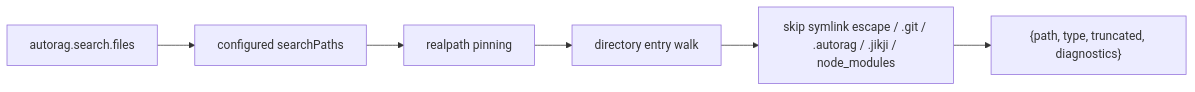
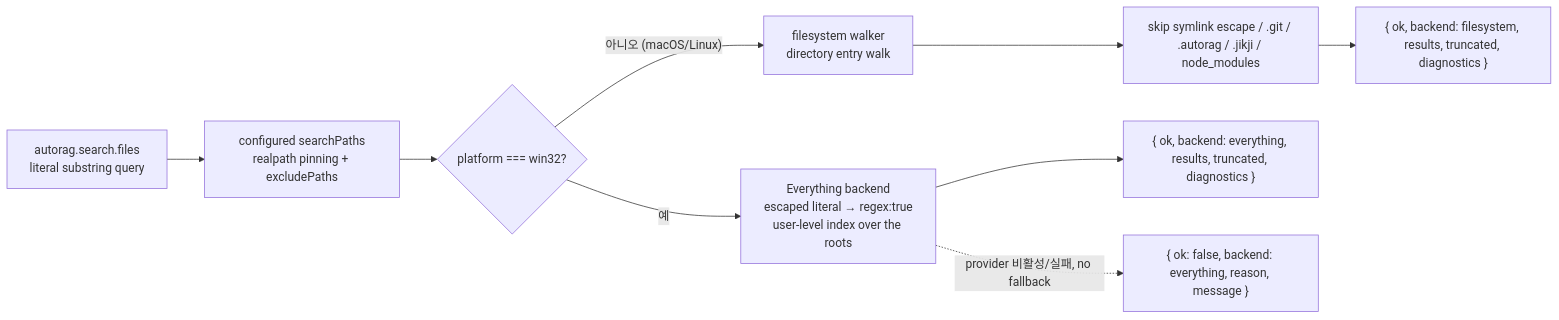
Before and after one commit to Marker-Inc-Korea/AutoRAG: the sixth of 7 diagrams in docs/autorag-lite-mcp-contract.md, drawn with Mermaid. The commit also changed other lines of this file and 7 other files, not shown here.

````diff
--- a/docs/autorag-lite-mcp-contract.md
+++ b/docs/autorag-lite-mcp-contract.md
@@ -290,8 +286,11 @@
 ```mermaid
 flowchart LR
-    Q["autorag.search.files"] --> ROOT["configured searchPaths"]
-    ROOT --> PIN["realpath pinning"]
-    PIN --> WALK["directory entry walk"]
+    Q["autorag.search.files\nliteral substring query"] --> ROOT["configured searchPaths\nrealpath pinning + excludePaths"]
+    ROOT --> OS{"platform === win32?"}
+    OS -->|"아니오 (macOS/Linux)"| WALK["filesystem walker\ndirectory entry walk"]
     WALK --> SKIP["skip symlink escape / .git / .autorag / .jikji / node_modules"]
-    SKIP --> OUT["{path, type, truncated, diagnostics}"]
+    OS -->|"예"| EV["Everything backend\nescaped literal → regex:true\nuser-level index over the roots"]
+    SKIP --> OUT["{ ok, backend: filesystem, results, truncated, diagnostics }"]
+    EV --> OUT2["{ ok, backend: everything, results, truncated, diagnostics }"]
+    EV -.->|"provider 비활성/실패, no fallback"| FAIL["{ ok: false, backend: everything, reason, message }"]
 ```
````
